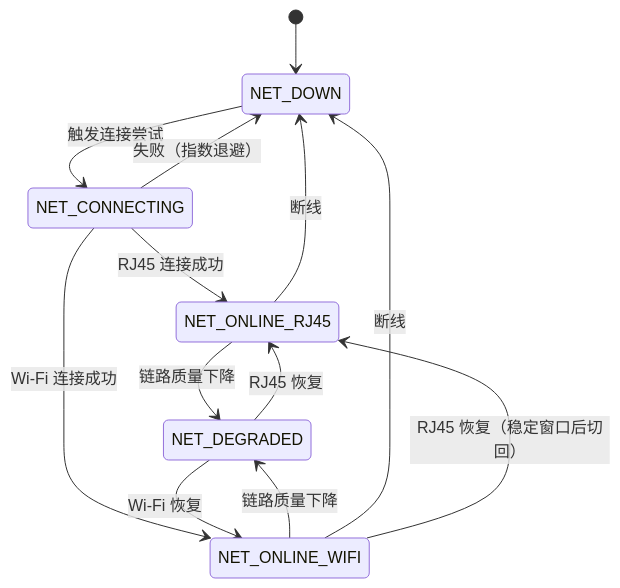
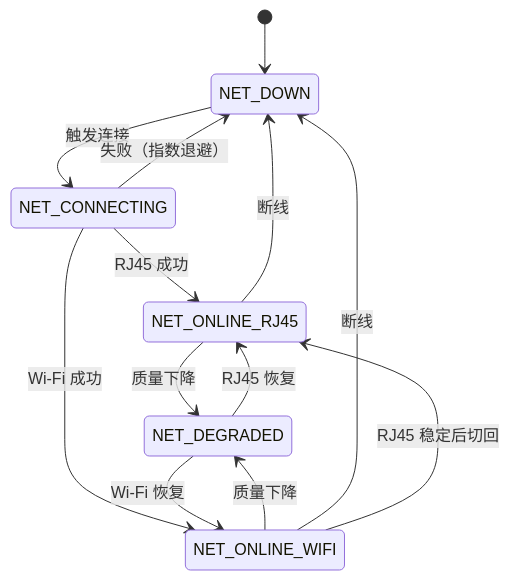
The eighth of 11 diagrams in README.md (FoLeaf/contest2026_004_TeamFalcons), drawn with Mermaid before and after one commit. The commit also changed other lines of this file and 337 other files, not shown here.

````diff
--- a/README.md
+++ b/README.md
@@ -296,15 +236,15 @@
 ```mermaid
 stateDiagram-v2
     [*] --> NET_DOWN
-    NET_DOWN --> NET_CONNECTING : 触发连接尝试
-    NET_CONNECTING --> NET_ONLINE_RJ45 : RJ45 连接成功
-    NET_CONNECTING --> NET_ONLINE_WIFI : Wi-Fi 连接成功
+    NET_DOWN --> NET_CONNECTING : 触发连接
+    NET_CONNECTING --> NET_ONLINE_RJ45 : RJ45 成功
+    NET_CONNECTING --> NET_ONLINE_WIFI : Wi-Fi 成功
     NET_CONNECTING --> NET_DOWN : 失败（指数退避）
-    NET_ONLINE_RJ45 --> NET_DEGRADED : 链路质量下降
-    NET_ONLINE_WIFI --> NET_DEGRADED : 链路质量下降
+    NET_ONLINE_RJ45 --> NET_DEGRADED : 质量下降
+    NET_ONLINE_WIFI --> NET_DEGRADED : 质量下降
     NET_DEGRADED --> NET_ONLINE_RJ45 : RJ45 恢复
     NET_DEGRADED --> NET_ONLINE_WIFI : Wi-Fi 恢复
     NET_ONLINE_RJ45 --> NET_DOWN : 断线
     NET_ONLINE_WIFI --> NET_DOWN : 断线
-    NET_ONLINE_WIFI --> NET_ONLINE_RJ45 : RJ45 恢复（稳定窗口后切回）
+    NET_ONLINE_WIFI --> NET_ONLINE_RJ45 : RJ45 稳定后切回
 ```
````
